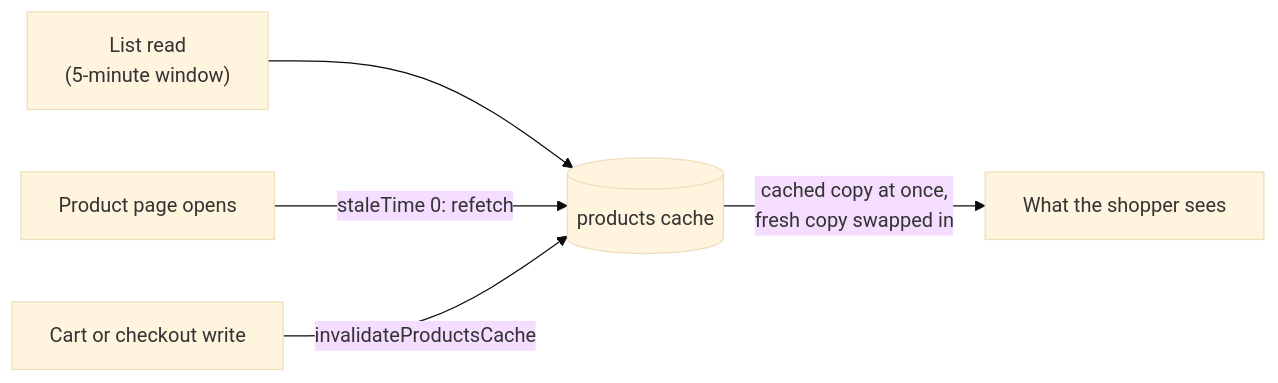
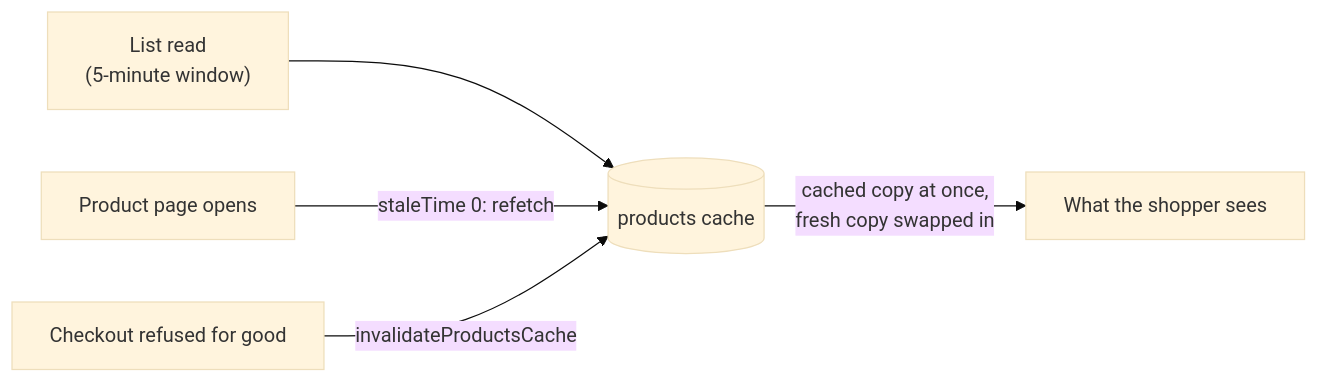
The first of 4 diagrams in docs/modules/products.md (Guebbit/boilerplate-vue-frontend), drawn with Mermaid (base theme) before and after one commit. The commit also changed other lines of this file and 41 other files, not shown here.

````diff
--- a/docs/modules/products.md
+++ b/docs/modules/products.md
@@ -57,7 +58,7 @@
 ```mermaid
 flowchart LR
     L["List read<br/>(5-minute window)"] --> C[("products cache")]
     P["Product page opens"] -->|"staleTime 0: refetch"| C
-    W["Cart or checkout write"] -->|"invalidateProductsCache"| C
+    W["Checkout refused for good"] -->|"invalidateProductsCache"| C
     C -->|"cached copy at once,<br/>fresh copy swapped in"| V["What the shopper sees"]
 ```
````
